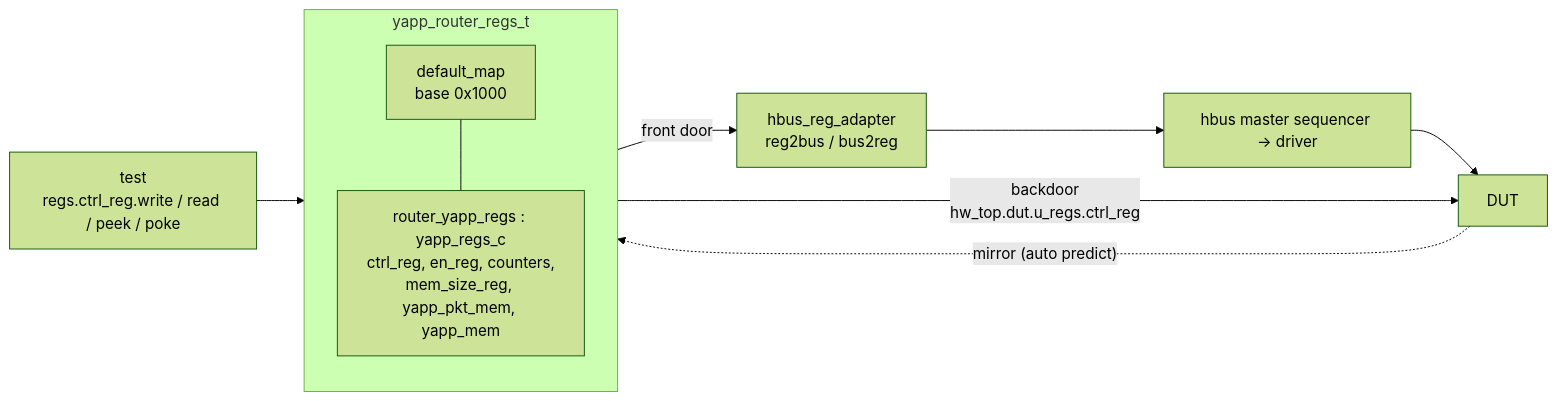
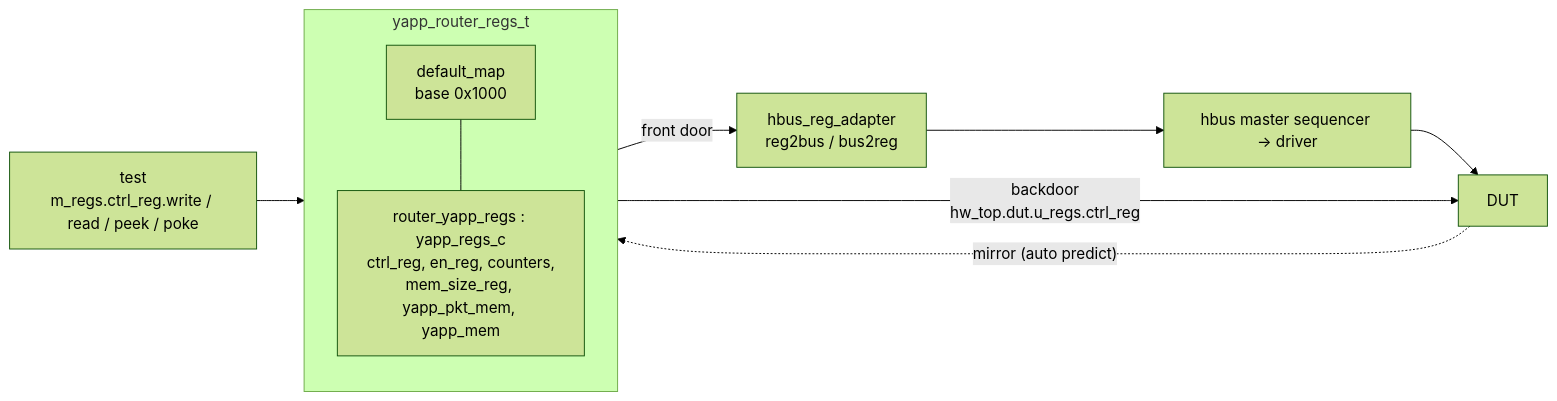
Before and after one commit to tamirgabgab/Qcom-Mentoring: the diagram in docs/components/register-model.md, drawn with Mermaid (forest theme). The commit also changed 83 other files, not shown here.

First line of the commit message:
Site diagrams use the code's variable names

````diff
--- a/docs/components/register-model.md
+++ b/docs/components/register-model.md
@@ -12,12 +12,12 @@
 ```mermaid
 flowchart LR
-    T["test<br/>regs.ctrl_reg.write / read / peek / poke"] --> RM
+    T["test<br/>m_regs.ctrl_reg.write / read / peek / poke"] --> RM
     subgraph RM["yapp_router_regs_t"]
         MAP["default_map<br/>base 0x1000"]
         BLK["router_yapp_regs : yapp_regs_c<br/>ctrl_reg, en_reg, counters,<br/>mem_size_reg, yapp_pkt_mem, yapp_mem"]
         MAP --- BLK
     end
     RM -->|"front door"| AD["hbus_reg_adapter<br/>reg2bus / bus2reg"] --> SQ["hbus master sequencer → driver"] --> DUT
     RM -->|"backdoor<br/>hw_top.dut.u_regs.ctrl_reg"| DUT
     DUT -. "mirror (auto predict)" .-> RM
 ```
````
